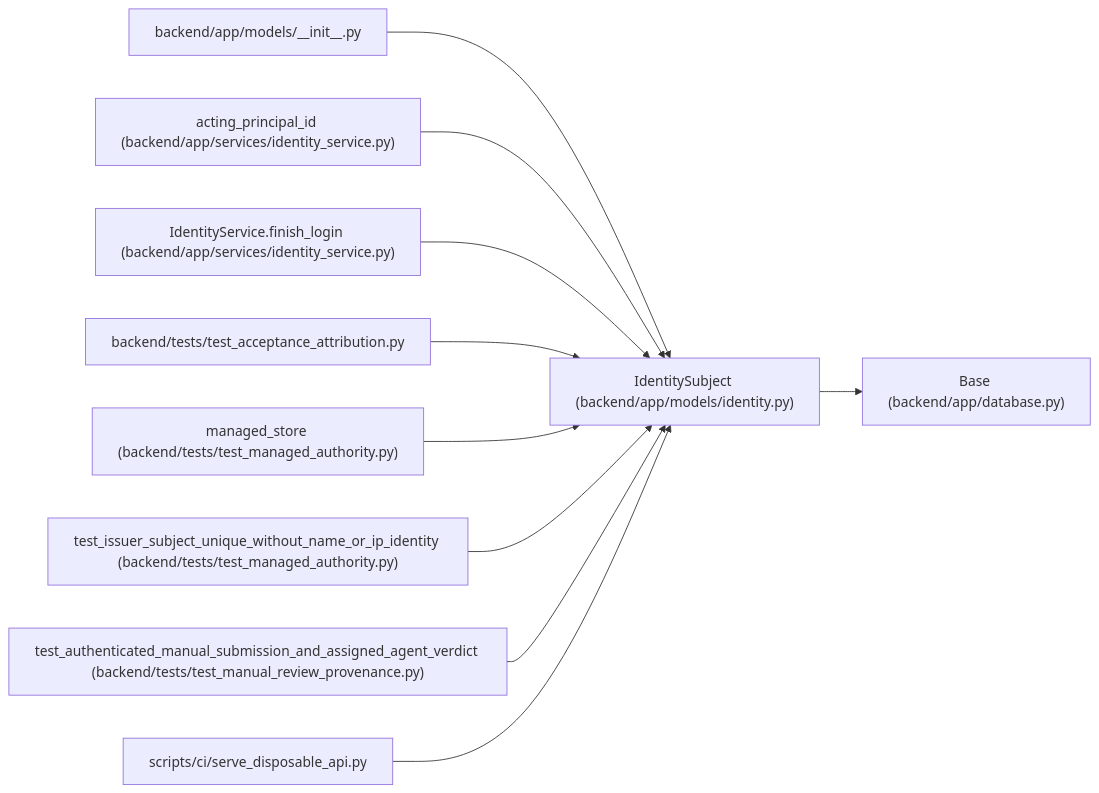
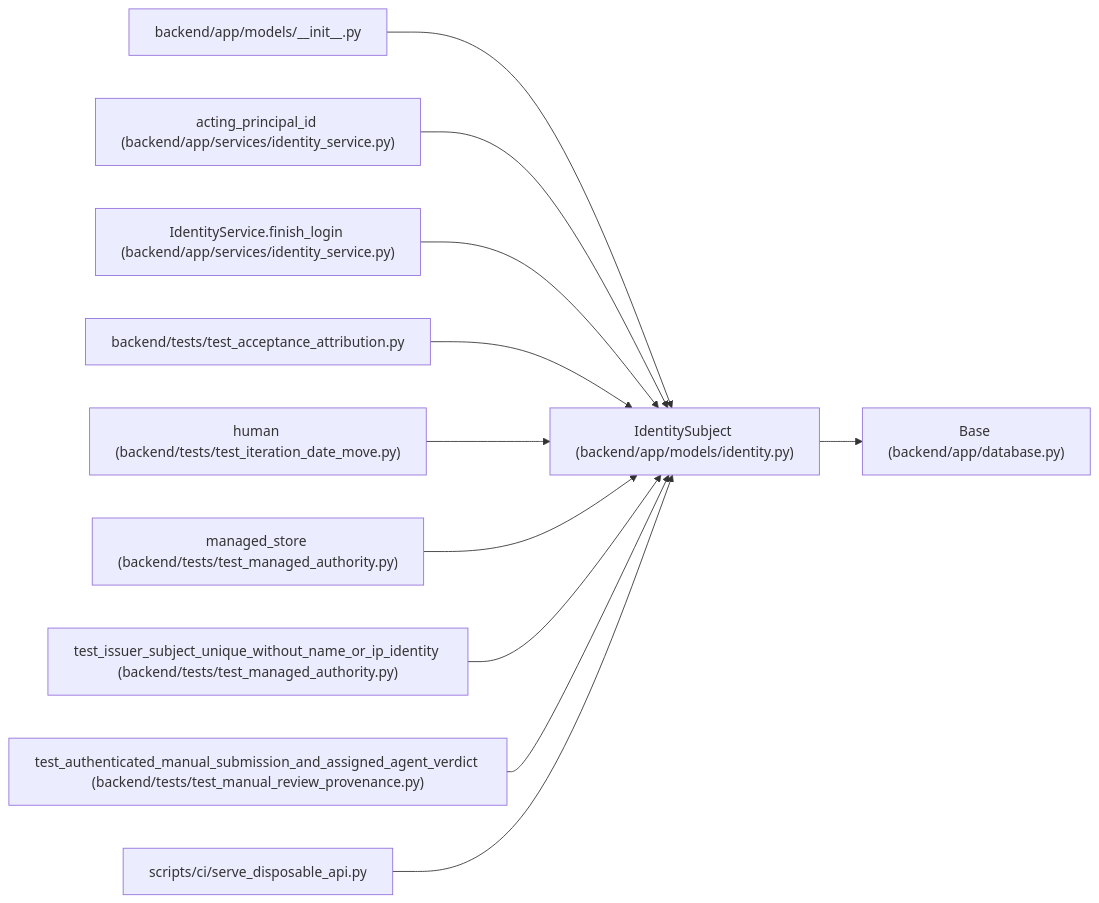
The diagram in docs/llm_wiki/entities/IdentitySubject.md (Denissvgn/WorkChord), drawn with Mermaid before and after one commit. The commit also changed other lines of this file and 1817 other files, not shown here.

First line of the commit message:
Refresh the architectural wiki for the 1.9.0 changes

````diff
--- a/docs/llm_wiki/entities/IdentitySubject.md
+++ b/docs/llm_wiki/entities/IdentitySubject.md
@@ -29,32 +29,35 @@
 ```mermaid
 flowchart LR
     n0["IdentitySubject (backend/app/models/identity.py)"]
     n1["Base (backend/app/database.py)"]
     n2["backend/app/models/__init__.py"]
     n3["acting_principal_id (backend/app/services/identity_service.py)"]
     n4["IdentityService.finish_login (backend/app/services/identity_service.py)"]
     n5["backend/tests/test_acceptance_attribution.py"]
-    n6["managed_store (backend/tests/test_managed_authority.py)"]
-    n7["test_issuer_subject_unique_without_name_or_ip_identity (backend/tests/test_managed_authority.py)"]
-    n8["test_authenticated_manual_submission_and_assigned_agent_verdict (backend/tests/test_manual_review_provenance.py)"]
-    n9["scripts/ci/serve_disposable_api.py"]
+    n6["human (backend/tests/test_iteration_date_move.py)"]
+    n7["managed_store (backend/tests/test_managed_authority.py)"]
+    n8["test_issuer_subject_unique_without_name_or_ip_identity (backend/tests/test_managed_authority.py)"]
+    n9["test_authenticated_manual_submission_and_assigned_agent_verdict (backend/tests/test_manual_review_provenance.py)"]
+    n10["scripts/ci/serve_disposable_api.py"]
     n0 --> n1
     n2 --> n0
     n3 --> n0
     n4 --> n0
     n5 --> n0
     n6 --> n0
     n7 --> n0
     n8 --> n0
     n9 --> n0
+    n10 --> n0
     click n0 "../modules/models_identity.md"
     click n1 "../modules/app_database.md"
     click n2 "../modules/models___init__.md"
     click n3 "../modules/identity_service.md"
     click n4 "../modules/identity_service.md"
     click n5 "../modules/test_acceptance_attribution.md"
-    click n6 "../modules/test_managed_authority.md"
+    click n6 "../modules/test_iteration_date_move.md"
     click n7 "../modules/test_managed_authority.md"
-    click n8 "../modules/test_manual_review_provenance.md"
-    click n9 "../modules/serve_disposable_api.md"
+    click n8 "../modules/test_managed_authority.md"
+    click n9 "../modules/test_manual_review_provenance.md"
+    click n10 "../modules/serve_disposable_api.md"
 ```
````
